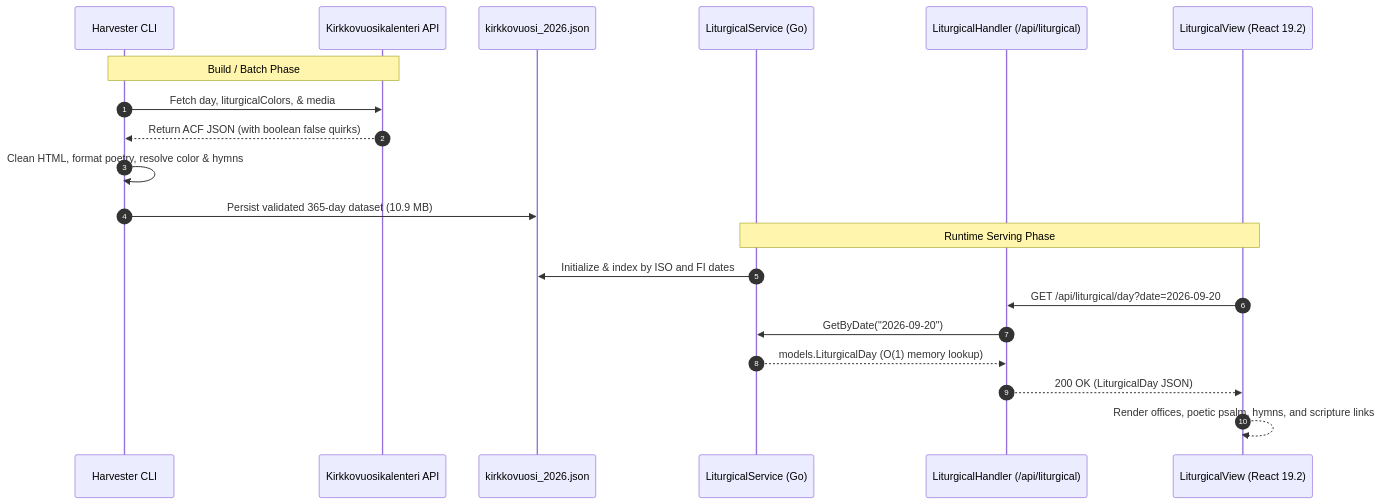
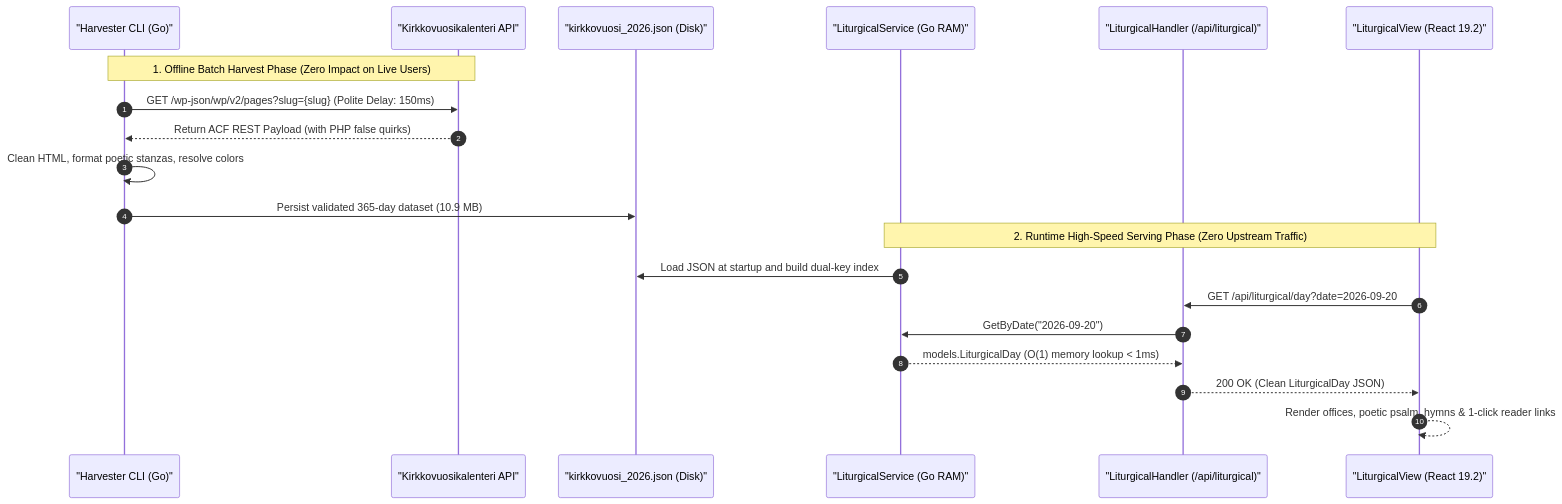
One commit to mvirtai/clible-v3-go changed the first of 2 diagrams in pr_stories/094-feat-church-year-liturgical-calendar-and-offices.md. Above: the diagram before and after it, drawn with Mermaid. The commit also changed other lines of this file, not shown here.

Commit message:
docs: enrich liturgical pr story with kirkkovuosikirja attribution and ethical scraping compliance

````diff
--- a/pr_stories/094-feat-church-year-liturgical-calendar-and-offices.md
+++ b/pr_stories/094-feat-church-year-liturgical-calendar-and-offices.md
@@ -20,24 +45,24 @@
 ```mermaid
 sequenceDiagram
     autonumber
-    participant CLI as Harvester CLI
-    participant Web as Kirkkovuosikalenteri API
-    participant Cache as kirkkovuosi_2026.json
-    participant Svc as LiturgicalService (Go)
-    participant API as LiturgicalHandler (/api/liturgical)
-    participant UI as LiturgicalView (React 19.2)
+    participant CLI as "Harvester CLI (Go)"
+    participant Upstream as "Kirkkovuosikalenteri API"
+    participant Cache as "kirkkovuosi_2026.json (Disk)"
+    participant Svc as "LiturgicalService (Go RAM)"
+    participant API as "LiturgicalHandler (/api/liturgical)"
+    participant UI as "LiturgicalView (React 19.2)"
 
-    Note over CLI,Web: Build / Batch Phase
-    CLI->>Web: Fetch day, liturgicalColors, & media
-    Web-->>CLI: Return ACF JSON (with boolean false quirks)
-    CLI->>CLI: Clean HTML, format poetry, resolve color & hymns
+    Note over CLI,Upstream: 1. Offline Batch Harvest Phase (Zero Impact on Live Users)
+    CLI->>Upstream: GET /wp-json/wp/v2/pages?slug={slug} (Polite Delay: 150ms)
+    Upstream-->>CLI: Return ACF REST Payload (with PHP false quirks)
+    CLI->>CLI: Clean HTML, format poetic stanzas, resolve colors
     CLI->>Cache: Persist validated 365-day dataset (10.9 MB)
 
-    Note over Svc,UI: Runtime Serving Phase
-    Svc->>Cache: Initialize & index by ISO and FI dates
+    Note over Svc,UI: 2. Runtime High-Speed Serving Phase (Zero Upstream Traffic)
+    Svc->>Cache: Load JSON at startup and build dual-key index
     UI->>API: GET /api/liturgical/day?date=2026-09-20
     API->>Svc: GetByDate("2026-09-20")
-    Svc-->>API: models.LiturgicalDay (O(1) memory lookup)
-    API-->>UI: 200 OK (LiturgicalDay JSON)
-    UI-->>UI: Render offices, poetic psalm, hymns, and scripture links
+    Svc-->>API: models.LiturgicalDay (O(1) memory lookup < 1ms)
+    API-->>UI: 200 OK (Clean LiturgicalDay JSON)
+    UI-->>UI: Render offices, poetic psalm, hymns & 1-click reader links
 ```
````
